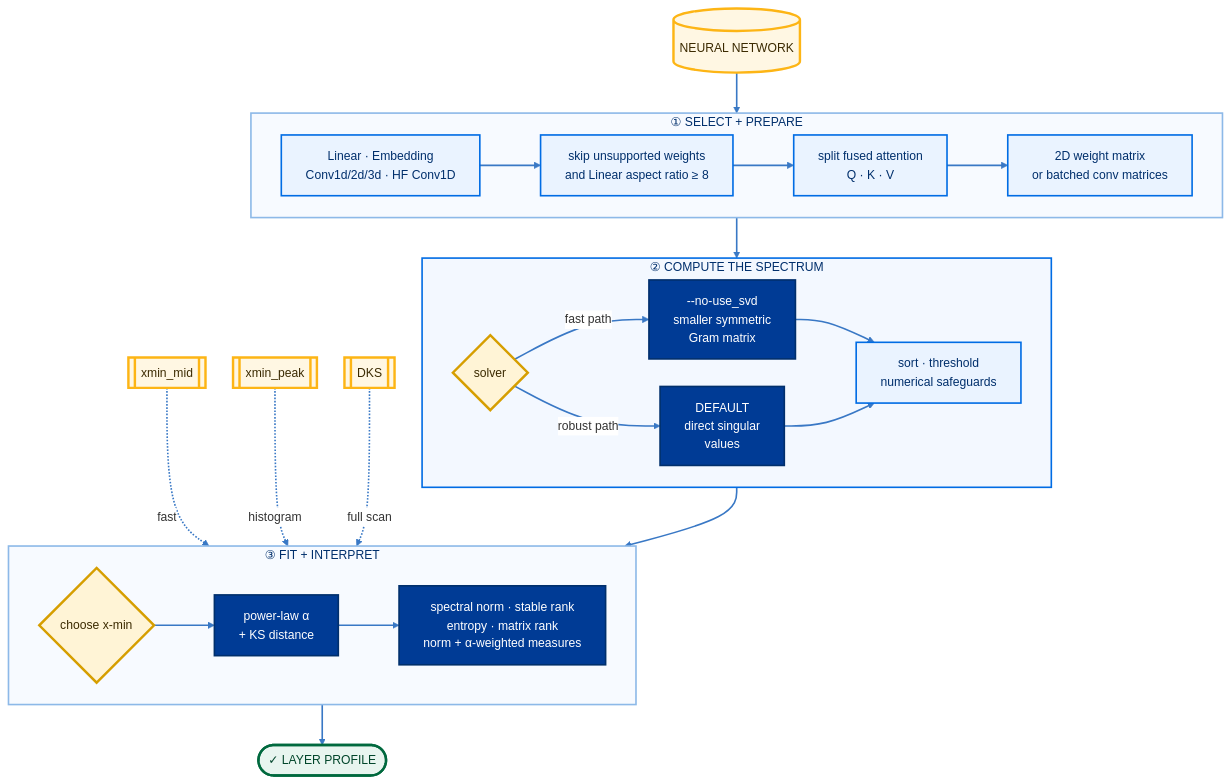
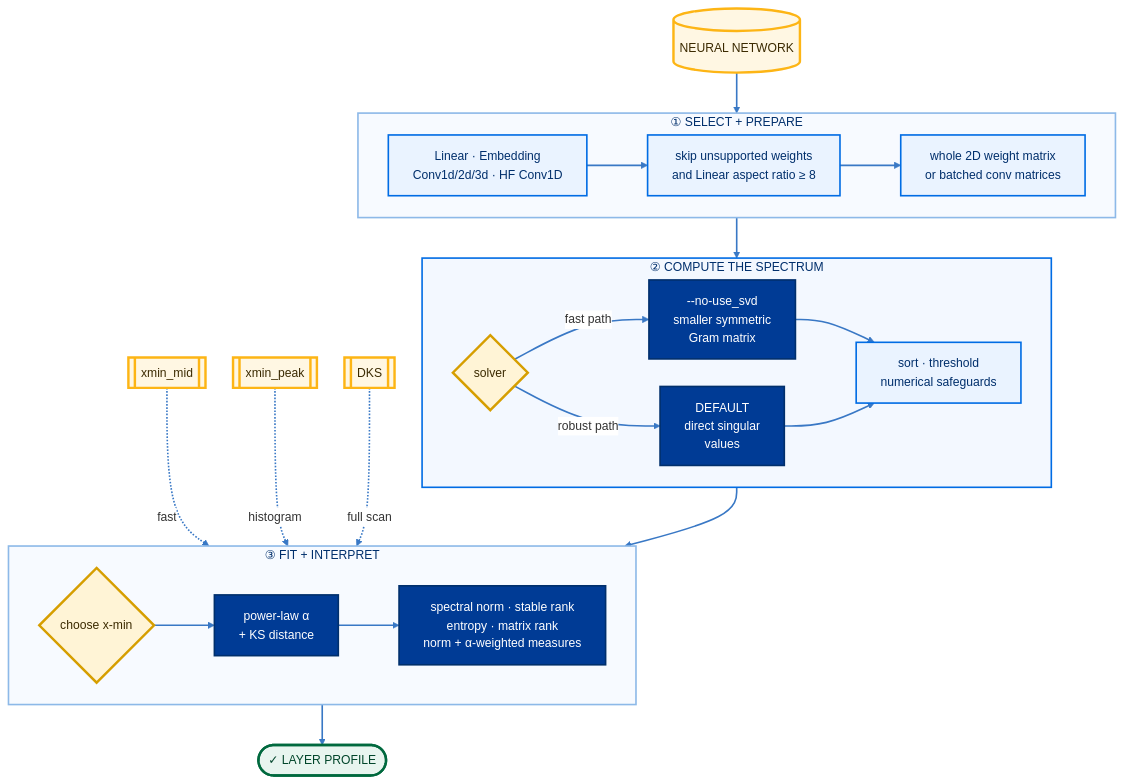
One commit to RpM-Kinshuk/Model-Zoo changed the fifth of 5 diagrams in README.md. Above: the diagram before and after it, drawn with Mermaid. The commit also changed 12 other files, not shown here.

````diff
--- a/README.md
+++ b/README.md
@@ -435,59 +435,58 @@
 ```mermaid
 %%{init: {"theme":"base","flowchart":{"curve":"basis","nodeSpacing":34,"rankSpacing":50},"themeVariables":{"fontFamily":"Inter, ui-sans-serif, system-ui","fontSize":"15px","lineColor":"#3978C5","clusterBkg":"#F7FAFF","clusterBorder":"#8DB9E8","edgeLabelBackground":"#FFFFFF"}}}%%
 flowchart TB
     MODEL[("NEURAL NETWORK")]
 
     subgraph PREPARE["①  SELECT + PREPARE"]
         direction LR
         LAYERS["Linear · Embedding<br/>Conv1d/2d/3d · HF Conv1D"]
         FILTER["skip unsupported weights<br/>and Linear aspect ratio ≥ 8"]
-        SPLIT["split fused attention<br/>Q · K · V"]
-        MATRIX["2D weight matrix<br/>or batched conv matrices"]
-        LAYERS --> FILTER --> SPLIT --> MATRIX
+        MATRIX["whole 2D weight matrix<br/>or batched conv matrices"]
+        LAYERS --> FILTER --> MATRIX
     end
 
     subgraph SOLVE["②  COMPUTE THE SPECTRUM"]
         direction LR
         CHOICE{"solver"}
         GRAM["--no-use_svd<br/>smaller symmetric<br/>Gram matrix"]
         SVD["DEFAULT<br/>direct singular<br/>values"]
         STABLE["sort · threshold<br/>numerical safeguards"]
         CHOICE -->|fast path| GRAM
         CHOICE -->|robust path| SVD
         GRAM --> STABLE
         SVD --> STABLE
     end
 
     subgraph INTERPRET["③  FIT + INTERPRET"]
         direction LR
         XMIN{"choose x-min"}
         FIT["power-law α<br/>+ KS distance"]
         METRICS["spectral norm · stable rank<br/>entropy · matrix rank<br/>norm + α-weighted measures"]
         XMIN --> FIT --> METRICS
     end
 
     MODEL --> LAYERS
     MATRIX --> CHOICE
     STABLE --> XMIN
     METRICS --> DONE(["✓  LAYER PROFILE"])
 
     MID[["xmin_mid"]] -. fast .-> XMIN
     PEAK[["xmin_peak"]] -. histogram .-> XMIN
     DKS[["DKS"]] -. full scan .-> XMIN
 
     classDef source fill:#FFF7E3,stroke:#FDB515,color:#3B2A00,stroke-width:3px;
     classDef stage fill:#EAF3FF,stroke:#006CE4,color:#002F6C,stroke-width:2px;
     classDef execute fill:#003B95,stroke:#002F6C,color:#FFFFFF,stroke-width:2px;
     classDef decision fill:#FFF4D6,stroke:#D69E00,color:#3B2A00,stroke-width:3px;
     classDef success fill:#E8F5EF,stroke:#00693E,color:#00452A,stroke-width:3px;
     class MODEL,MID,PEAK,DKS source;
     class LAYERS,FILTER,SPLIT,MATRIX,STABLE stage;
     class GRAM,SVD,FIT,METRICS execute;
     class CHOICE,XMIN decision;
     class DONE success;
 
     style PREPARE fill:#F7FAFF,stroke:#8DB9E8,stroke-width:2px,color:#002F6C
     style SOLVE fill:#F3F8FF,stroke:#006CE4,stroke-width:2px,color:#002F6C
     style INTERPRET fill:#F7FAFF,stroke:#8DB9E8,stroke-width:2px,color:#002F6C
     linkStyle default stroke:#3978C5,stroke-width:2px
 ```
````
